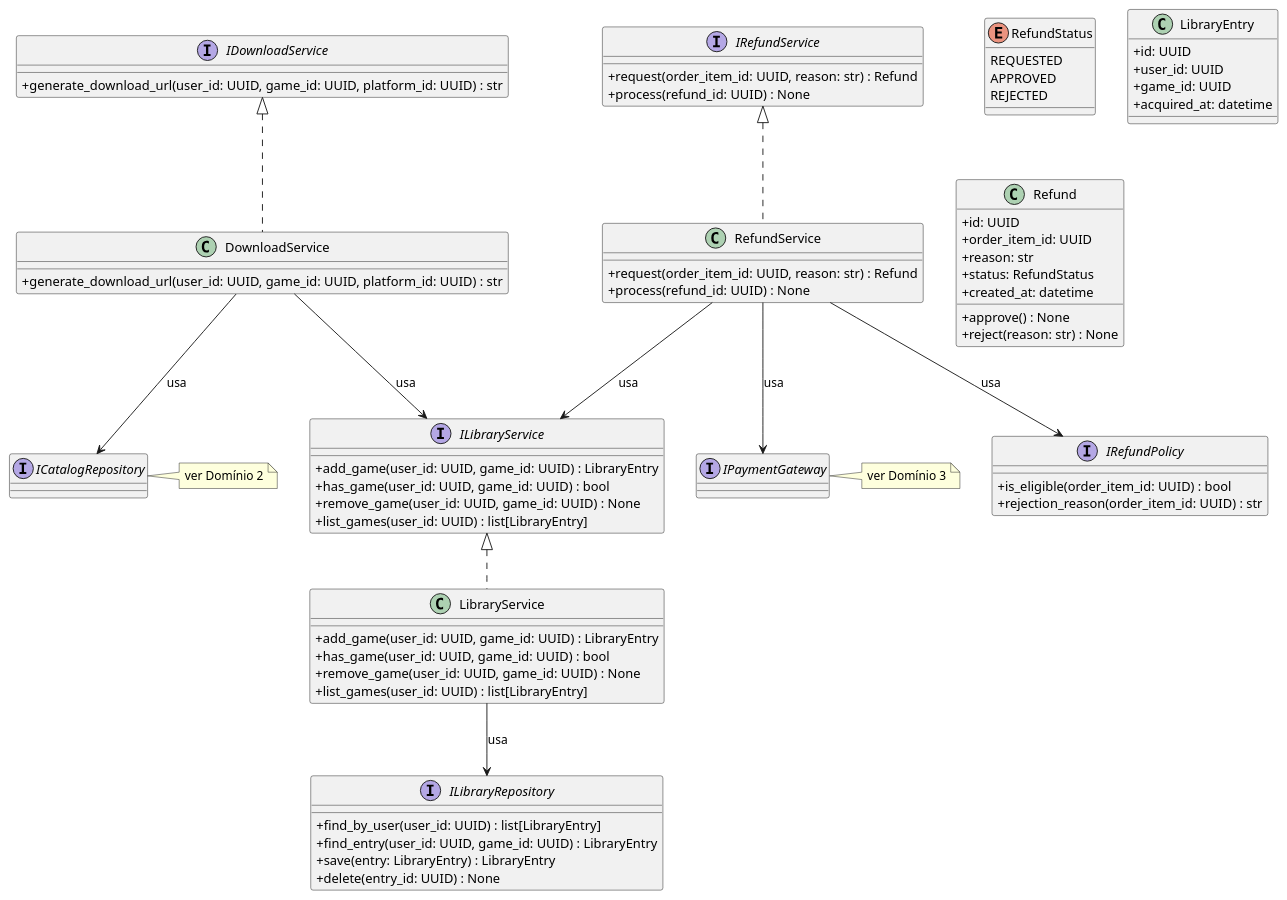
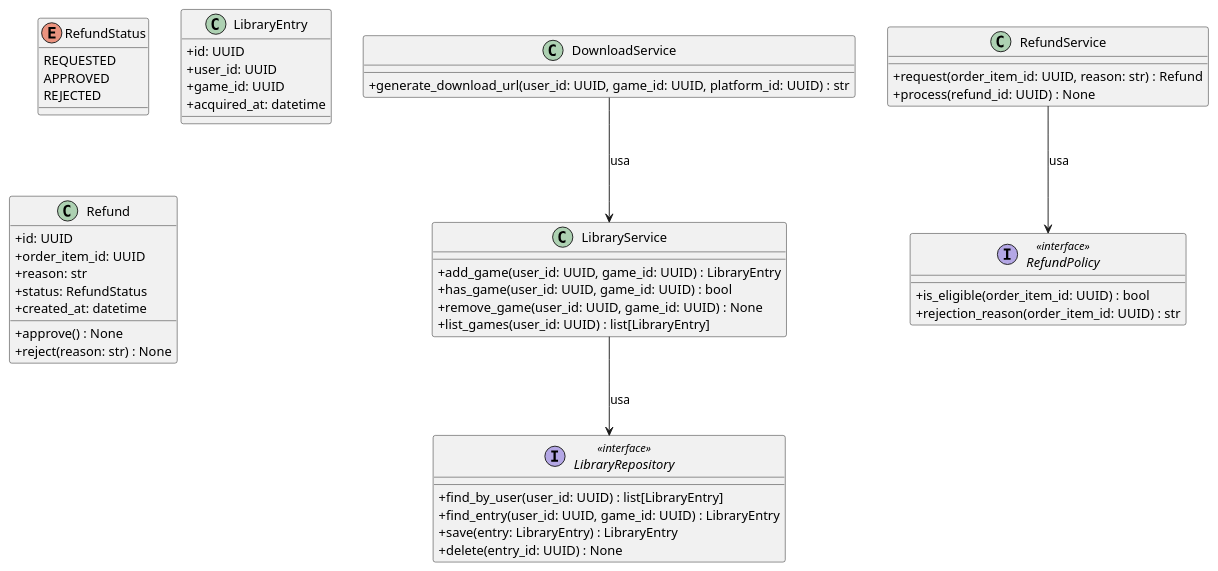
One commit to osantana/a3-ms changed diagram 13 of 14 in projeto-vapor.adoc. Above: the diagram before and after it, drawn with PlantUML. The commit also changed other lines of this file and 33 other files, not shown here.

```diff
--- a/projeto-vapor.adoc
+++ b/projeto-vapor.adoc
@@ -899,29 +1005,11 @@
   + acquired_at: datetime
 }
 
-interface ILibraryRepository {
-  + find_by_user(user_id: UUID) : list[LibraryEntry]
-  + find_entry(user_id: UUID, game_id: UUID) : LibraryEntry
-  + save(entry: LibraryEntry) : LibraryEntry
-  + delete(entry_id: UUID) : None
-}
-
-interface ILibraryService {
-  + add_game(user_id: UUID, game_id: UUID) : LibraryEntry
-  + has_game(user_id: UUID, game_id: UUID) : bool
-  + remove_game(user_id: UUID, game_id: UUID) : None
-  + list_games(user_id: UUID) : list[LibraryEntry]
-}
-
 class LibraryService {
   + add_game(user_id: UUID, game_id: UUID) : LibraryEntry
   + has_game(user_id: UUID, game_id: UUID) : bool
   + remove_game(user_id: UUID, game_id: UUID) : None
   + list_games(user_id: UUID) : list[LibraryEntry]
-}
-
-interface IDownloadService {
-  + generate_download_url(user_id: UUID, game_id: UUID, platform_id: UUID) : str
 }
 
 class DownloadService {
@@ -938,14 +1026,16 @@
   + reject(reason: str) : None
 }
 
-interface IRefundPolicy {
+interface LibraryRepository <<interface>> {
+  + find_by_user(user_id: UUID) : list[LibraryEntry]
+  + find_entry(user_id: UUID, game_id: UUID) : LibraryEntry
+  + save(entry: LibraryEntry) : LibraryEntry
+  + delete(entry_id: UUID) : None
+}
+
+interface RefundPolicy <<interface>> {
   + is_eligible(order_item_id: UUID) : bool
   + rejection_reason(order_item_id: UUID) : str
-}
-
-interface IRefundService {
-  + request(order_item_id: UUID, reason: str) : Refund
-  + process(refund_id: UUID) : None
 }
 
 class RefundService {
@@ -953,22 +1043,8 @@
   + process(refund_id: UUID) : None
 }
 
-interface IPaymentGateway {
-}
-note right of IPaymentGateway : ver Domínio 3
-
-interface ICatalogRepository {
-}
-note right of ICatalogRepository : ver Domínio 2
-
-ILibraryService <|.. LibraryService
-IDownloadService <|.. DownloadService
-IRefundService <|.. RefundService
-LibraryService --> ILibraryRepository : usa
-DownloadService --> ILibraryService : usa
-DownloadService --> ICatalogRepository : usa
-RefundService --> IRefundPolicy : usa
-RefundService --> IPaymentGateway : usa
-RefundService --> ILibraryService : usa
+LibraryService --> LibraryRepository : usa
+DownloadService --> LibraryService : usa
+RefundService --> RefundPolicy : usa
 @enduml
 ----
```
